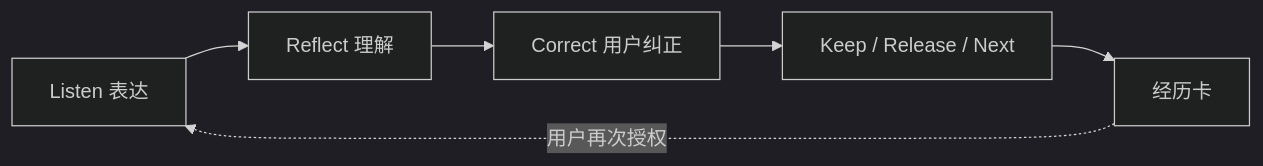
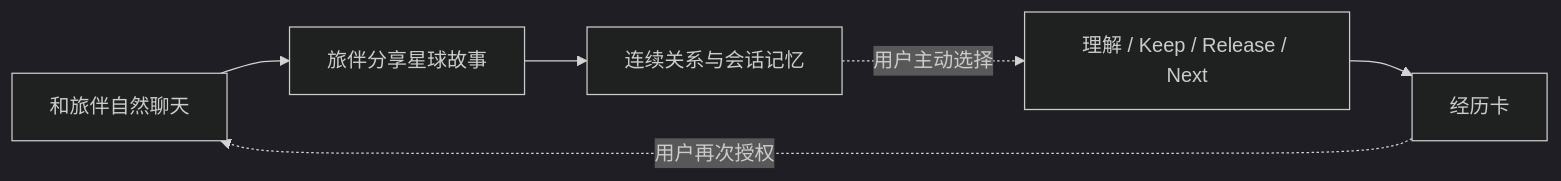
Before and after one commit to ThreshoLdnnis/Qsinghua-TencentSmaker: the diagram in README.md, drawn with Mermaid (dark theme). The commit also changed other lines of this file and 13 other files, not shown here.

````diff
--- a/README.md
+++ b/README.md
@@ -21,8 +21,8 @@
 ```mermaid
 flowchart LR
-  A[Listen 表达] --> B[Reflect 理解]
-  B --> C[Correct 用户纠正]
-  C --> D[Keep / Release / Next]
+  A[和旅伴自然聊天] --> B[旅伴分享星球故事]
+  B --> C[连续关系与会话记忆]
+  C -. 用户主动选择 .-> D[理解 / Keep / Release / Next]
   D --> E[经历卡]
   E -. 用户再次授权 .-> A
 ```
````
